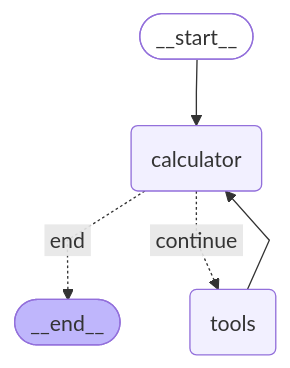
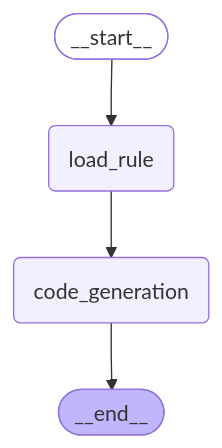
Before and after one commit to Titus-System/synapse: the diagram in codegen/docs/graph.md, drawn with Mermaid. The commit also changed 2 other files, not shown here.

Commit message:
feat(codegen): liga load_rule e code_generation no grafo

````diff
--- a/codegen/docs/graph.md
+++ b/codegen/docs/graph.md
@@ -5,19 +5,18 @@
 ```mermaid
 ---
 config:
   flowchart:
     curve: linear
 ---
 graph TD;
 	__start__([<p>__start__</p>]):::first
-	calculator(calculator)
-	tools(tools)
+	load_rule(load_rule)
+	code_generation(code_generation)
 	__end__([<p>__end__</p>]):::last
-	__start__ --> calculator;
-	calculator -. &nbsp;end&nbsp; .-> __end__;
-	calculator -. &nbsp;continue&nbsp; .-> tools;
-	tools --> calculator;
+	__start__ --> load_rule;
+	load_rule --> code_generation;
+	code_generation --> __end__;
 	classDef default fill:#f2f0ff,line-height:1.2
 	classDef first fill-opacity:0
 	classDef last fill:#bfb6fc
 ```
````
